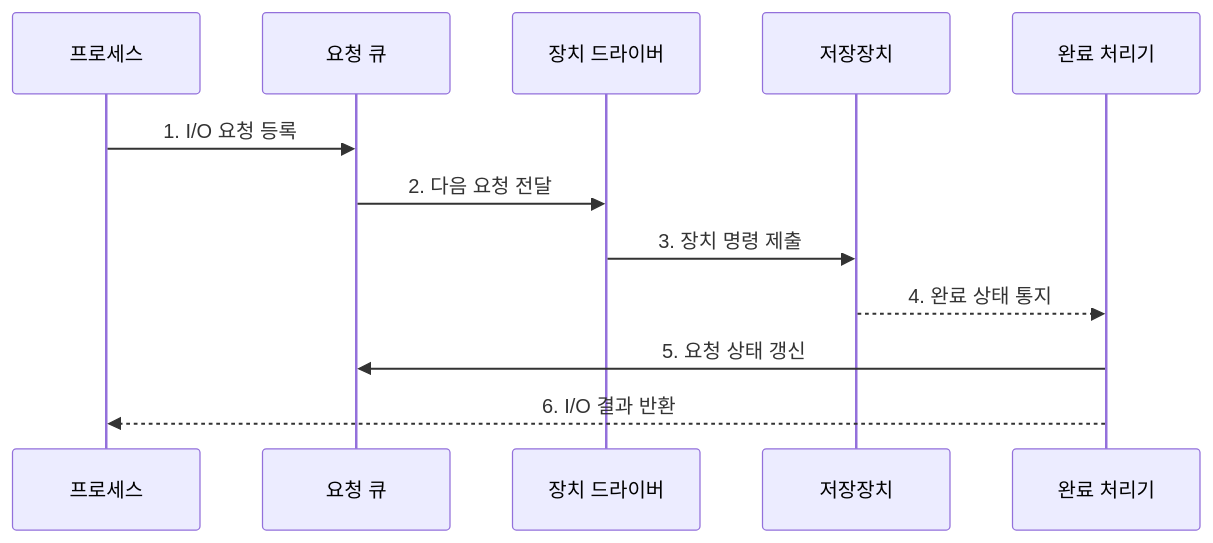
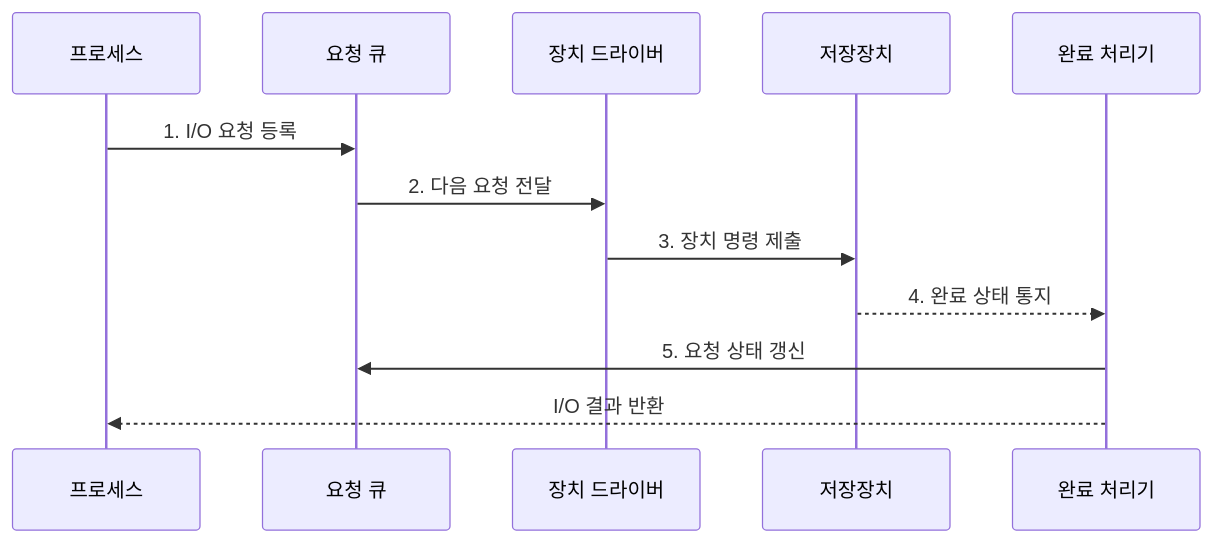
The second of 2 diagrams in src/content/docs/notes/03-software/022_io_management_disk_scheduling.md (agnusdei1207/knowledge-base), drawn with Mermaid before and after one commit. The commit also changed other lines of this file and 238 other files, not shown here.

````diff
--- a/src/content/docs/notes/03-software/022_io_management_disk_scheduling.md
+++ b/src/content/docs/notes/03-software/022_io_management_disk_scheduling.md
@@ -94,14 +96,14 @@
 ```mermaid
 sequenceDiagram
     participant P as 프로세스
     participant Q as 요청 큐
     participant D as 장치 드라이버
     participant V as 저장장치
     participant C as 완료 처리기
     P->>Q: 1. I/O 요청 등록
     Q->>D: 2. 다음 요청 전달
     D->>V: 3. 장치 명령 제출
     V-->>C: 4. 완료 상태 통지
     C->>Q: 5. 요청 상태 갱신
-    C-->>P: 6. I/O 결과 반환
+    C-->>P: I/O 결과 반환
 ```
````
